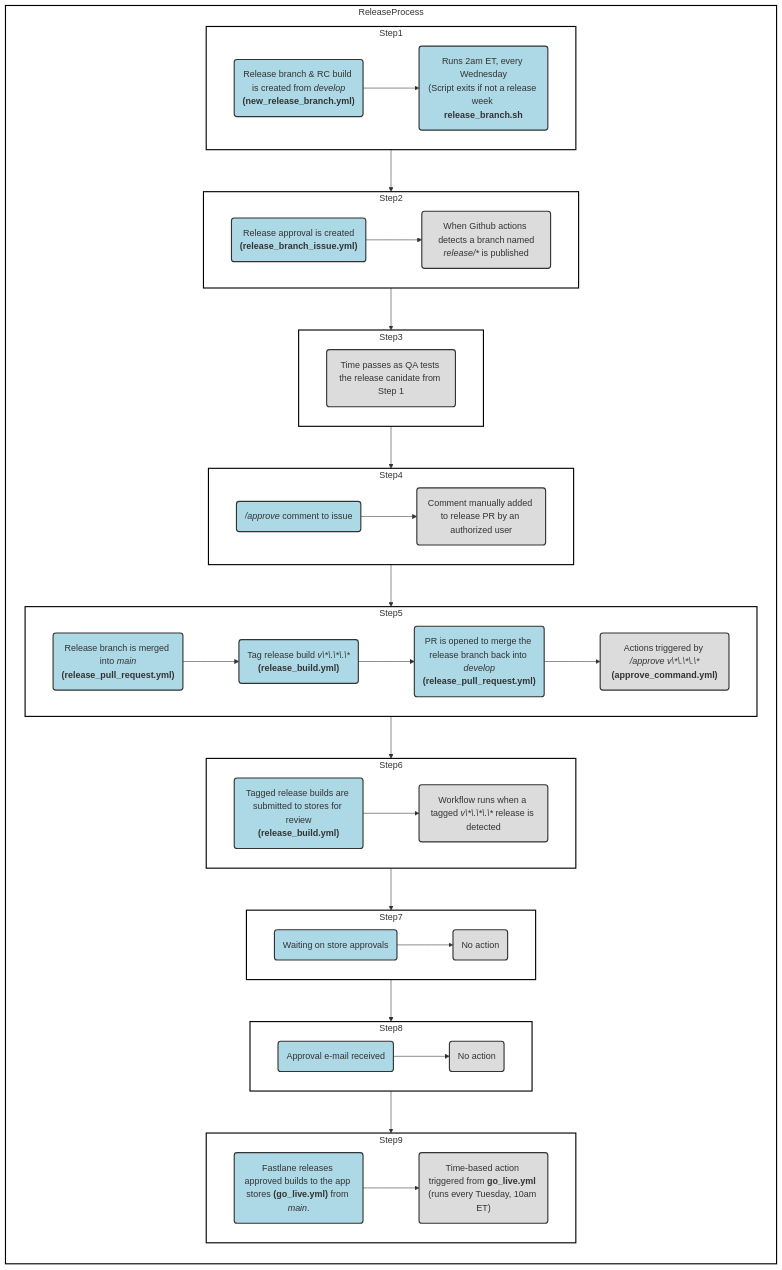
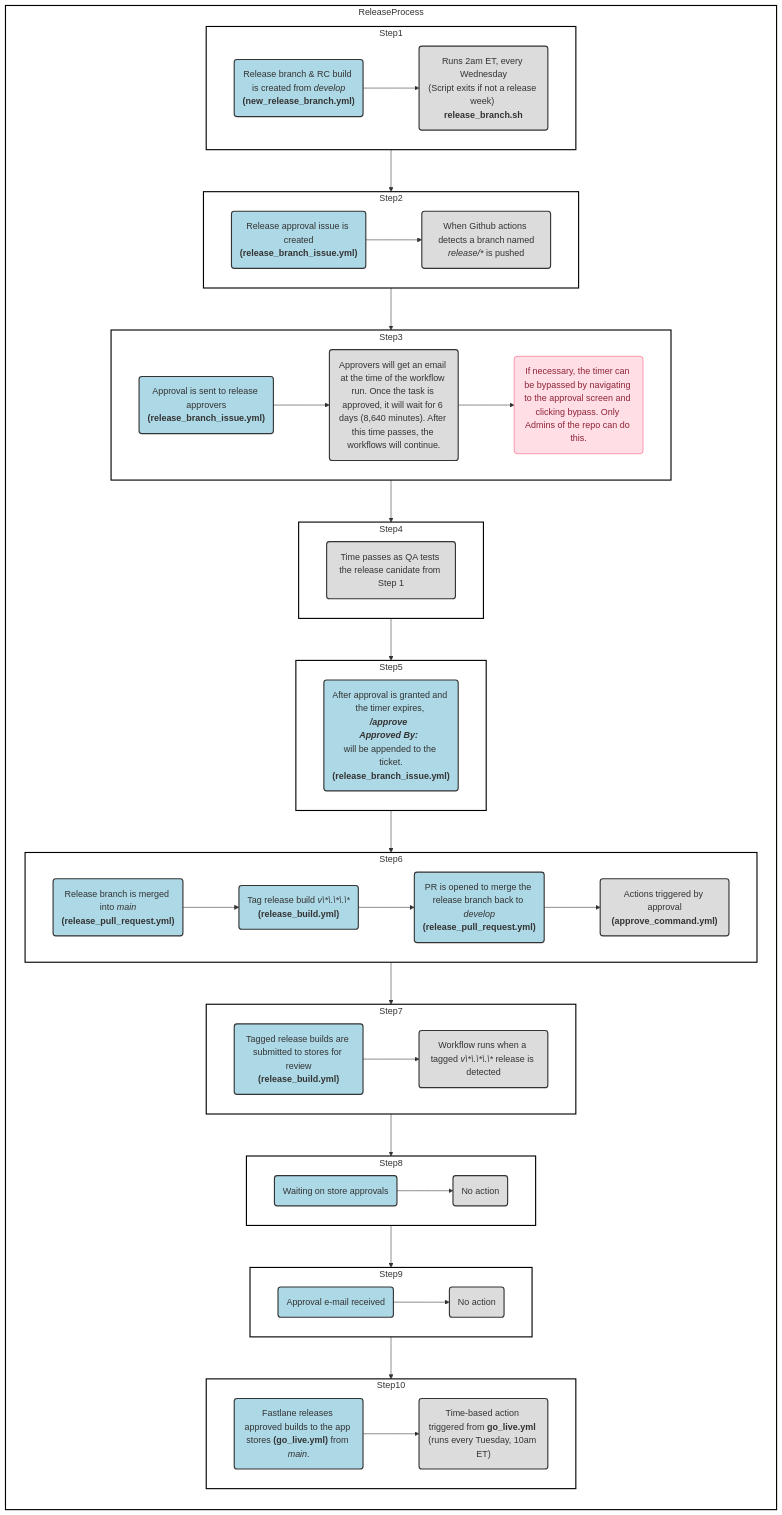
The diagram in VAMobile/documentation/docs/Operations/Releases/release-process.md (department-of-veterans-affairs/va-mobile-app), drawn with Mermaid before and after one commit.

Commit message:
updating release process diagram

````diff
--- a/VAMobile/documentation/docs/Operations/Releases/release-process.md
+++ b/VAMobile/documentation/docs/Operations/Releases/release-process.md
@@ -5,69 +5,75 @@
 ```mermaid
 flowchart LR
     subgraph ReleaseProcess
         direction TB
         subgraph Step1
             direction LR
-            A("Release branch & RC build is created from <i>develop</i><br><b>(new_release_branch.yml)</b>") --> B("Runs 2am ET, every Wednesday<br>(Script exits if not a release week <br><b>release_branch.sh</b>")
+            A("Release branch & RC build is created from <i>develop</i><br><b>(new_release_branch.yml)</b>") --> B("Runs 2am ET, every Wednesday<br>(Script exits if not a release week) <br><b>release_branch.sh</b>")
         end
         subgraph Step2
             direction LR
-            C("Release approval is created<br><b>(release_branch_issue.yml)</b>") --> D("When Github actions detects a branch named<br><i>release/*</i> is published")
+            C("Release approval issue is created<br><b>(release_branch_issue.yml)</b>") --> D("When Github actions detects a branch named<br><i>release/*</i> is pushed")
         end
         subgraph Step3
             direction LR
-            E("Time passes as QA tests the release canidate from Step 1"):::gray
+            F("Approval is sent to release approvers<br><b>(release_branch_issue.yml)</b>") --> G("Approvers will get an email at the time of the workflow run. Once the task is approved, it will wait for 6 days (8,640 minutes). After this time passes, the workflows will continue.") --> S("If necessary, the timer can be bypassed by navigating to the approval screen and clicking bypass. Only Admins of the repo can do this.")
         end
         subgraph Step4
             direction LR
-            F("<i>/approve</i> comment to issue") --> G("Comment manually added to release PR by an authorized user")
+            E("Time passes as QA tests the release canidate from Step 1"):::gray
         end
         subgraph Step5
             direction LR
-            H("Release branch is merged into <i>main</i><br><b>(release_pull_request.yml)</b>") --> I("Tag release build <i>v\*\.\*\.\*</i><br><b>(release_build.yml)</b>") --> S("PR is opened to merge the release branch back into <i>develop</i><br><b>(release_pull_request.yml)</b>") --> J("Actions triggered by <i>/approve v\*\.\*\.\*</i><br><b>(approve_command.yml)</b>")
+            U("After approval is granted and the timer expires, <br><i><b>/approve <release-version> <br>Approved By: <approver> <br></i></b>will be appended to the ticket.<br><b>(release_branch_issue.yml)</b>")
         end
         subgraph Step6
             direction LR
-            K("Tagged release builds are submitted to stores for review<br><b>(release_build.yml)</b>") --> L("Workflow runs when a tagged <i>v\*\.\*\.\*</i> release is detected")
+            H("Release branch is merged into <i>main</i><br><b>(release_pull_request.yml)</b>") --> I("Tag release build <i>v\*\.\*\.\*</i><br><b>(release_build.yml)</b>") --> T("PR is opened to merge the release branch back to <i>develop</i><br><b>(release_pull_request.yml)</b>") --> J("Actions triggered by approval<br><b>(approve_command.yml)</b>")
         end
         subgraph Step7
             direction LR
-            M("Waiting on store approvals") --> N("No action")
+            K("Tagged release builds are submitted to stores for review<br><b>(release_build.yml)</b>") --> L("Workflow runs when a tagged <i>v\*\.\*\.\*</i> release is detected")
         end
         subgraph Step8
             direction LR
+            M("Waiting on store approvals") --> N("No action")
+        end
+        subgraph Step9
+            direction LR
             O("Approval e-mail received") --> P("No action")
         end
-        subgraph Step9
+        subgraph Step10
             direction LR
             Q("Fastlane releases approved builds to the app stores <b>(go_live.yml)</b> from <i>main</i>.") --> R("Time-based action triggered from <b>go_live.yml</b> (runs every Tuesday, 10am ET)")
         end
     end
 
 %%Color Classes%%
 classDef blue fill:#ADD8E6,stroke:#333,stroke-width:2px;
 classDef gray fill:#DCDCDC,stroke:#333,stroke-width:2px;
 classDef white fill:#FFFFFF,stroke:#000000,stroke-width:2px;
 classDef Rose stroke-width:1px, stroke-dasharray:none, stroke:#FF5978, fill:#FFDFE5, color:#8E2236
-Step1:::white --> Step2:::white --> Step3:::white --> Step4:::white --> Step5:::white --> Step6:::white --> Step7:::white --> Step8:::white --> Step9:::white
+Step1:::white --> Step2:::white --> Step3:::white --> Step4:::white --> Step5:::white --> Step6:::white --> Step7:::white --> Step8:::white --> Step9:::white --> Step10:::white
 A:::blue
-B:::blue
+B:::gray
 C:::blue
 D:::gray
 E:::gray
 F:::blue
 G:::gray
 H:::blue
 I:::blue
 J:::gray
 K:::blue
 L:::gray
 M:::blue
 N:::gray
 O:::blue
 P:::gray
 Q:::blue
 R:::gray
-S:::blue
+S:::Rose
+T:::blue
+U:::blue
 ReleaseProcess:::white
 ```
````
